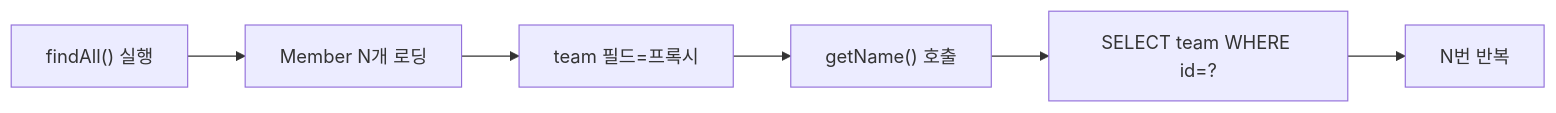
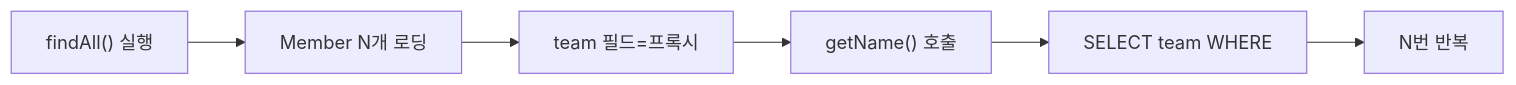
The first of 4 diagrams in _posts/jpa/2026-05-01-jpa-n-plus-1.md (yjkim2015/yjkim2015.github.io), drawn with Mermaid before and after one commit. The commit also changed other lines of this file and 245 other files, not shown here.

First line of the commit message:
Mermaid 다이어그램 전면 수정 + 면접 포인트 접기/펼치기 + DB 데드락 페이지

````diff
--- a/_posts/jpa/2026-05-01-jpa-n-plus-1.md
+++ b/_posts/jpa/2026-05-01-jpa-n-plus-1.md
@@ -153,8 +153,8 @@
 ```mermaid
 graph LR
     A["findAll() 실행"] --> B["Member N개 로딩"]
     B --> C["team 필드=프록시"]
     C --> D["getName() 호출"]
-    D --> E["SELECT team WHERE id=?"]
+    D --> E["SELECT team WHERE "]
     E --> F["N번 반복"]
 ```
````
